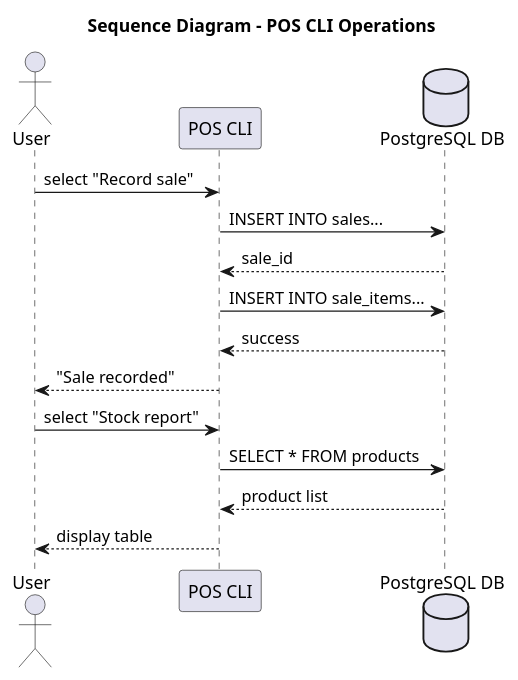
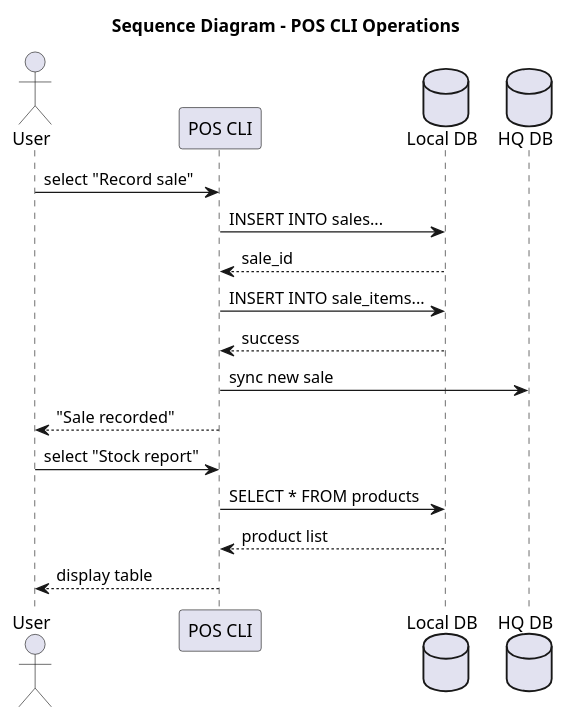
The diagram in docs/UML/sequence_view.puml (Sersium/log430lab123), drawn with PlantUML before and after one commit. The commit also changed 10 other files, not shown here.

```diff
--- a/docs/UML/sequence_view.puml
+++ b/docs/UML/sequence_view.puml
@@ -1,18 +1,20 @@
 @startuml sequence
 title Sequence Diagram - POS CLI Operations
 actor User
 participant "POS CLI" as CLI
-database "PostgreSQL DB" as DB
+database "Local DB" as DB
+database "HQ DB" as HQ
 
 User -> CLI : select "Record sale"
 CLI -> DB : INSERT INTO sales...
 DB --> CLI : sale_id
 CLI -> DB : INSERT INTO sale_items...
 DB --> CLI : success
+CLI -> HQ : sync new sale
 CLI --> User : "Sale recorded"
 
 User -> CLI : select "Stock report"
 CLI -> DB : SELECT * FROM products
 DB --> CLI : product list
 CLI --> User : display table
 @enduml
```
